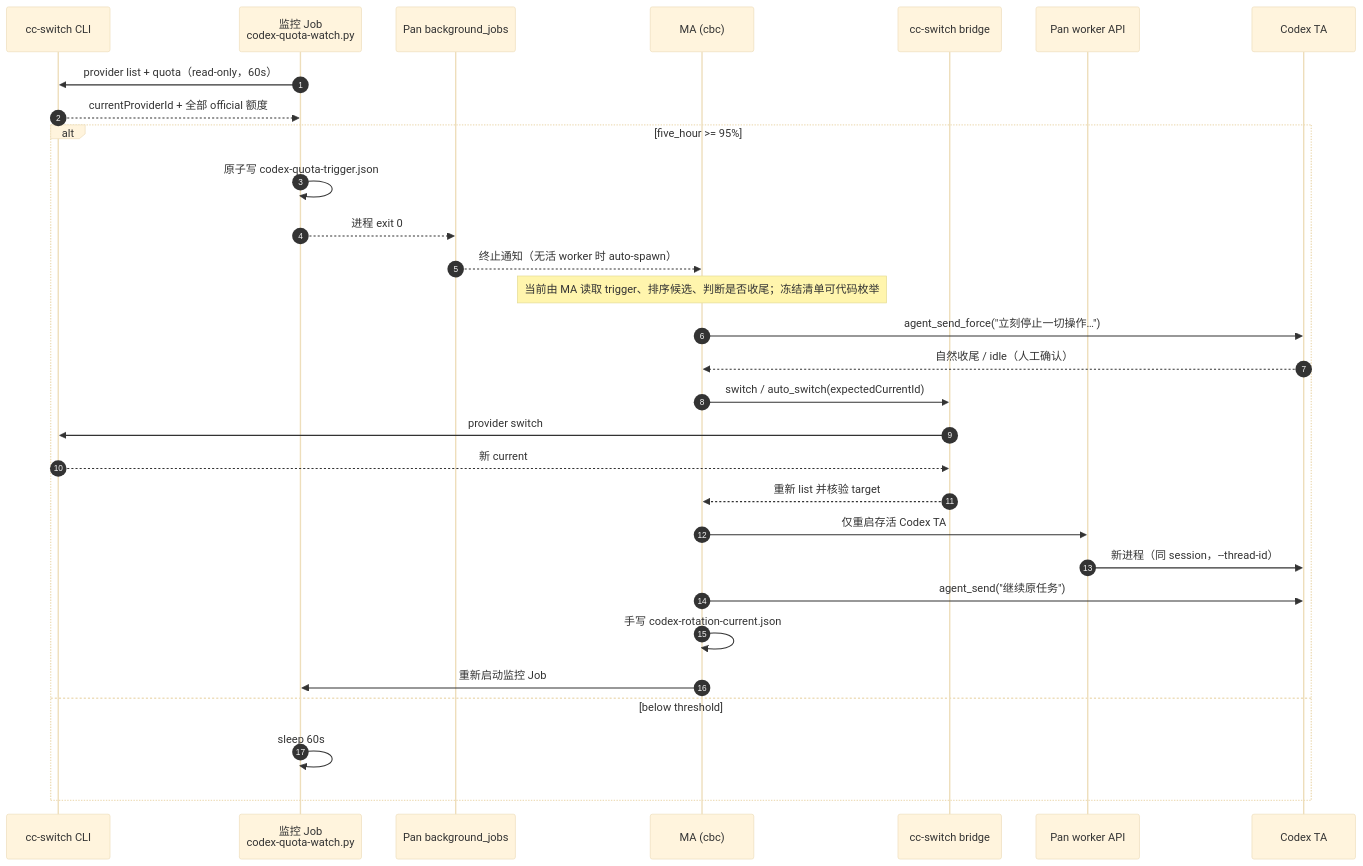
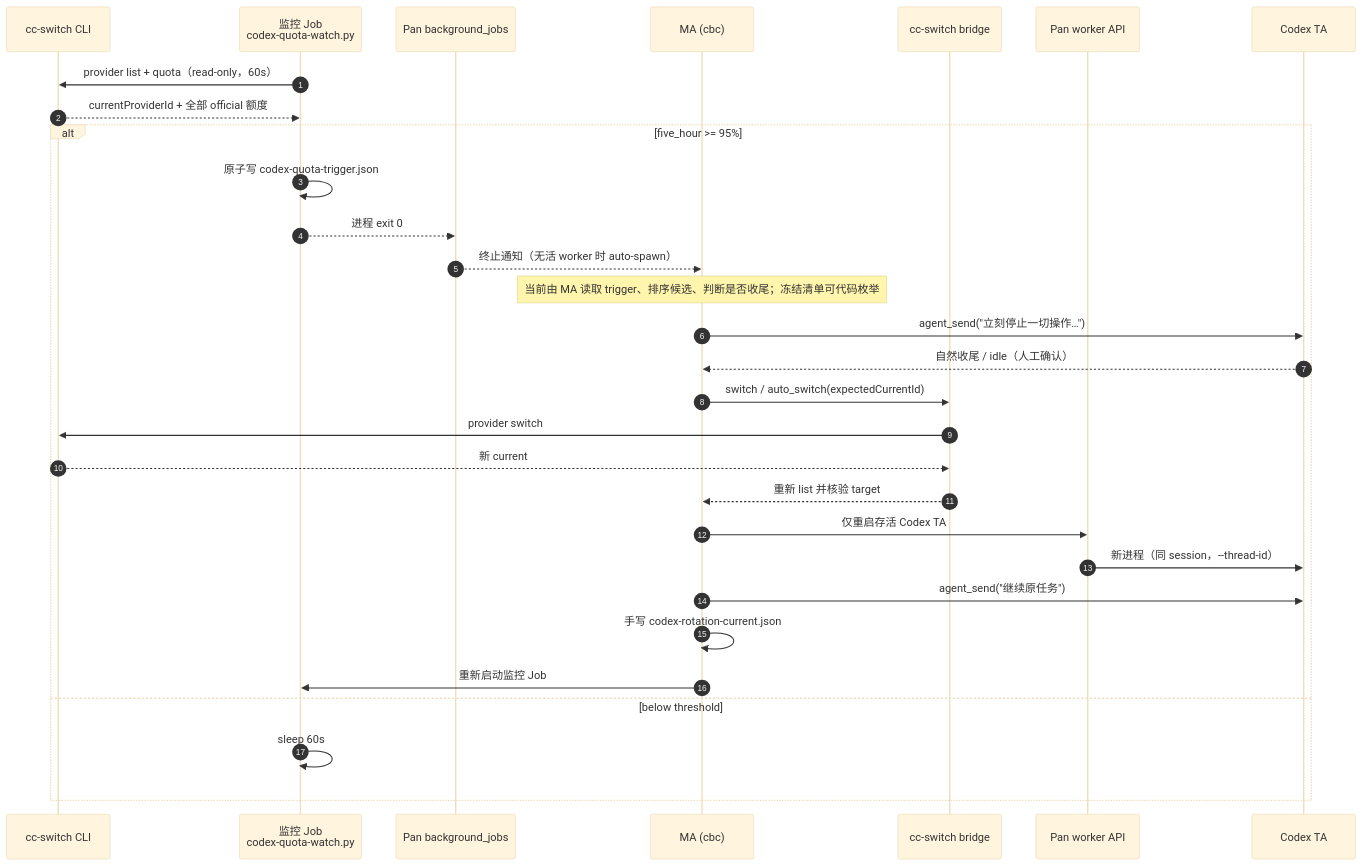
The diagram in docs/design/CODEX_AUTO_ROTATION_GAP_20261025.md (AblazeGHR/pan), drawn with Mermaid (base theme) before and after one commit. The commit also changed other lines of this file and 43 other files, not shown here.

````diff
--- a/docs/design/CODEX_AUTO_ROTATION_GAP_20261025.md
+++ b/docs/design/CODEX_AUTO_ROTATION_GAP_20261025.md
@@ -57,33 +57,33 @@
 ```mermaid
 sequenceDiagram
     autonumber
     participant Q as cc-switch CLI
     participant W as 监控 Job<br/>codex-quota-watch.py
     participant BJ as Pan background_jobs
     participant MA as MA (cbc)
     participant B as cc-switch bridge
     participant API as Pan worker API
     participant TA as Codex TA
 
     W->>Q: provider list + quota（read-only，60s）
     Q-->>W: currentProviderId + 全部 official 额度
     alt five_hour >= 95%
         W->>W: 原子写 codex-quota-trigger.json
         W-->>BJ: 进程 exit 0
         BJ-->>MA: 终止通知（无活 worker 时 auto-spawn）
         Note over MA: 当前由 MA 读取 trigger、排序候选、判断是否收尾；冻结清单可代码枚举
-        MA->>TA: agent_send_force("立刻停止一切操作…")
+        MA->>TA: agent_send("立刻停止一切操作…")
         TA-->>MA: 自然收尾 / idle（人工确认）
         MA->>B: switch / auto_switch(expectedCurrentId)
         B->>Q: provider switch
         Q-->>B: 新 current
         B-->>MA: 重新 list 并核验 target
         MA->>API: 仅重启存活 Codex TA
         API->>TA: 新进程（同 session，--thread-id）
         MA->>TA: agent_send("继续原任务")
         MA->>MA: 手写 codex-rotation-current.json
         MA->>W: 重新启动监控 Job
     else below threshold
         W->>W: sleep 60s
     end
 ```
````
